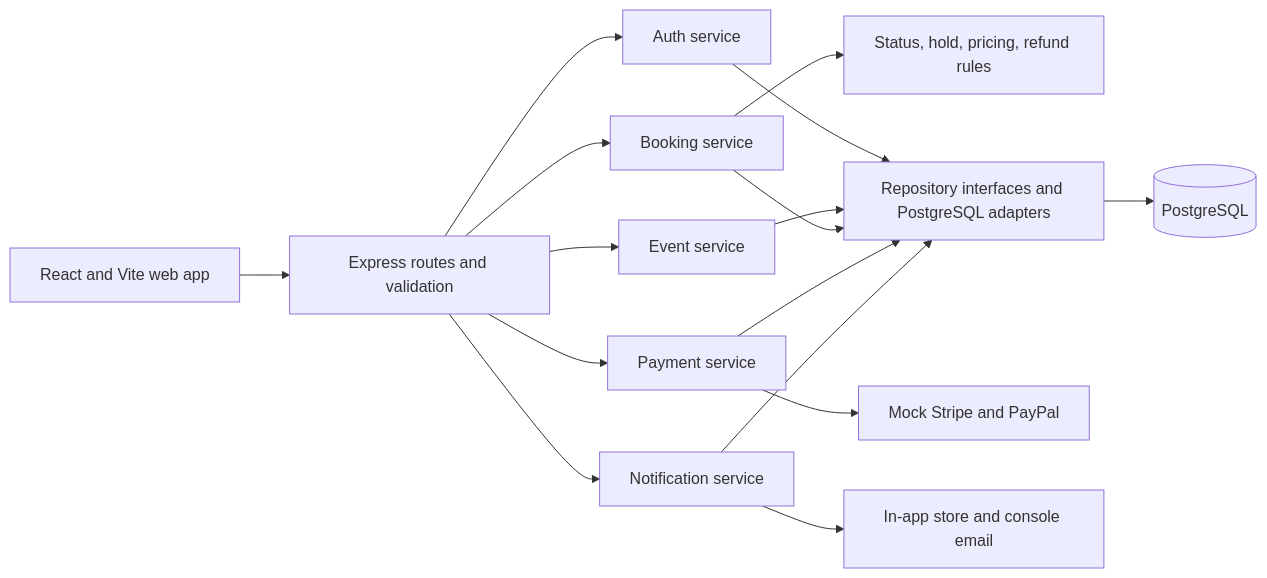
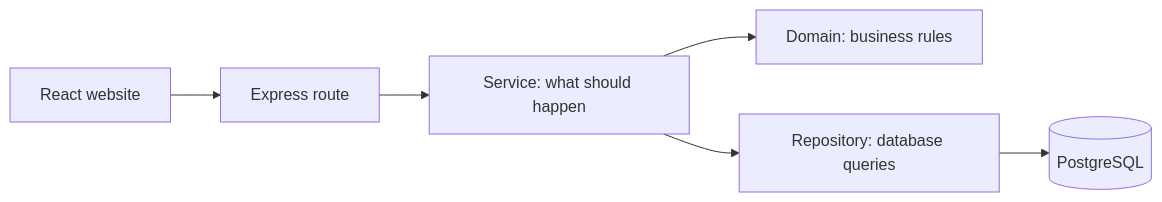
The diagram in ARCHITECTURE.md (meherajmithun/TicketFlow), drawn with Mermaid before and after one commit. The commit also changed other lines of this file and 4 other files, not shown here.

````diff
--- a/ARCHITECTURE.md
+++ b/ARCHITECTURE.md
@@ -5,18 +7,8 @@
 ```mermaid
 flowchart LR
-  Browser[React and Vite web app] --> HTTP[Express routes and validation]
-  HTTP --> Auth[Auth service]
-  HTTP --> Events[Event service]
-  HTTP --> Booking[Booking service]
-  HTTP --> Payment[Payment service]
-  HTTP --> Notice[Notification service]
-  Booking --> Rules[Status, hold, pricing, refund rules]
-  Auth --> Repos[Repository interfaces and PostgreSQL adapters]
-  Events --> Repos
-  Booking --> Repos
-  Payment --> Repos
-  Notice --> Repos
-  Repos --> DB[(PostgreSQL)]
-  Payment --> Providers[Mock Stripe and PayPal]
-  Notice --> Channels[In-app store and console email]
+  Browser[React website] --> Route[Express route]
+  Route --> Service[Service: what should happen]
+  Service --> Rules[Domain: business rules]
+  Service --> Repository[Repository: database queries]
+  Repository --> Database[(PostgreSQL)]
 ```
````
